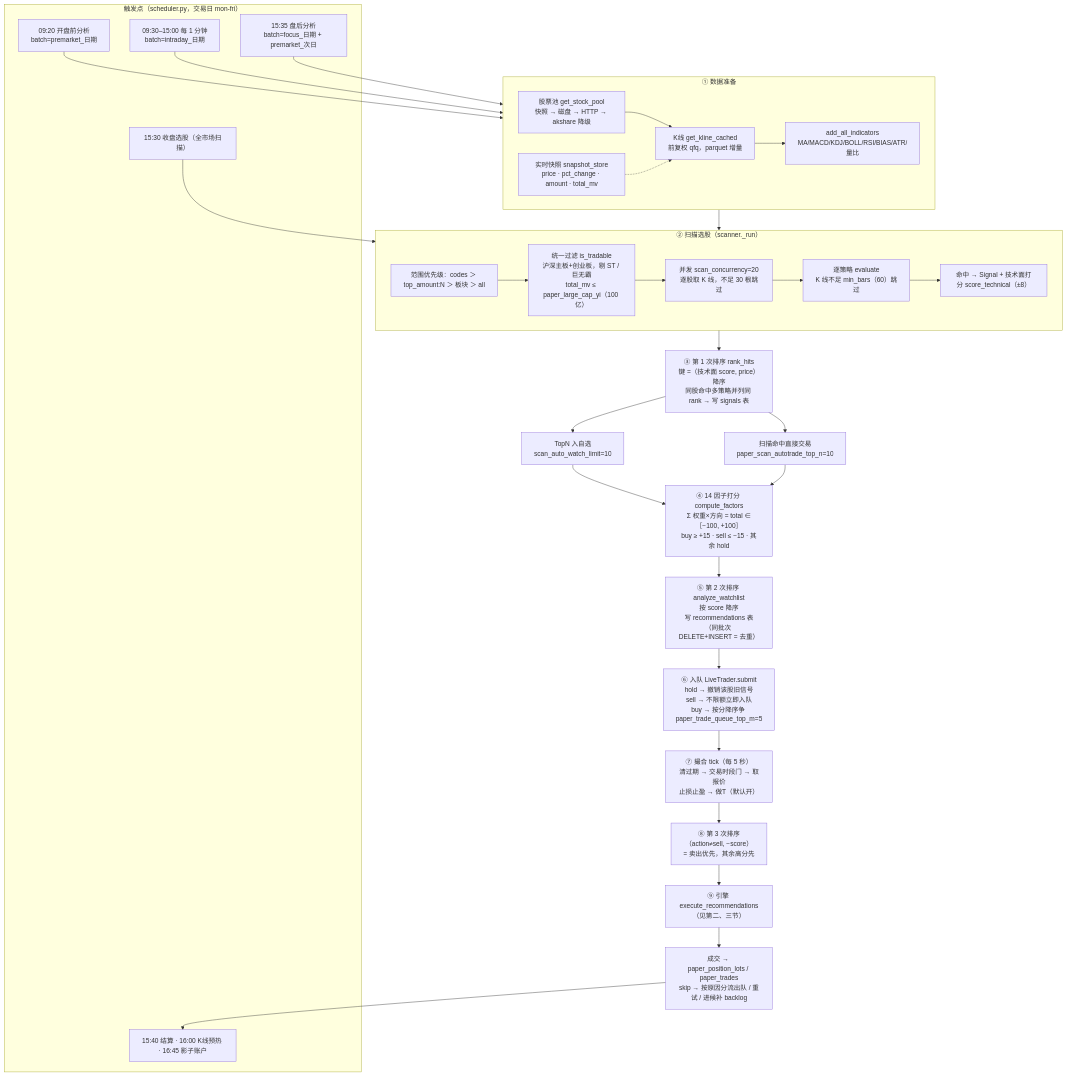
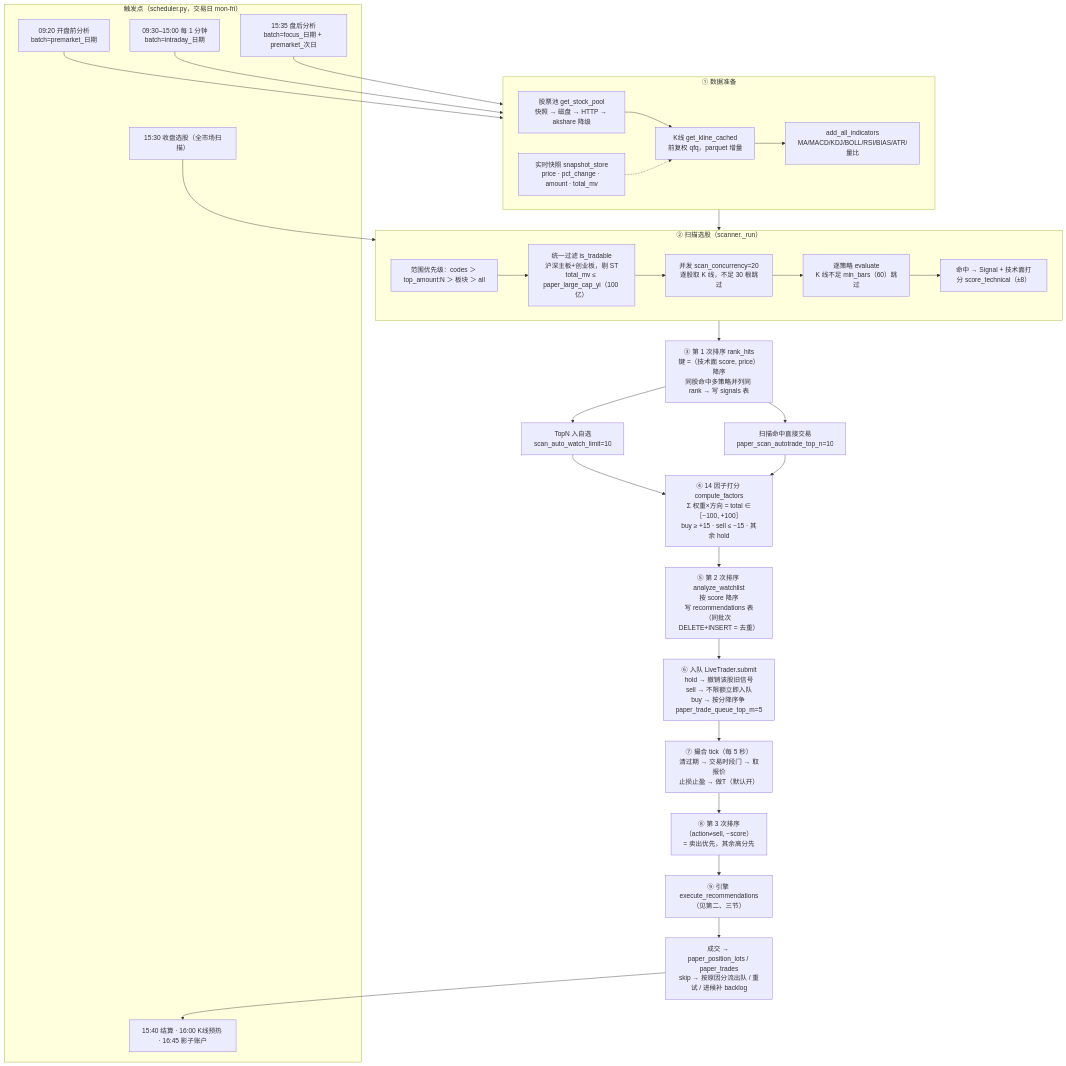
The first of 3 diagrams in docs/flow.md (LumberWG/SAS), drawn with Mermaid before and after one commit. The commit also changed other lines of this file and 41 other files, not shown here.

````diff
--- a/docs/flow.md
+++ b/docs/flow.md
@@ -75,61 +75,61 @@
 ```mermaid
 flowchart TD
     subgraph T["触发点（scheduler.py，交易日 mon-fri）"]
         T1["09:20 开盘前分析<br/>batch=premarket_日期"]
         T2["09:30–15:00 每 1 分钟<br/>batch=intraday_日期"]
         T3["15:30 收盘选股（全市场扫描）"]
         T4["15:35 盘后分析<br/>batch=focus_日期 + premarket_次日"]
         T5["15:40 结算 · 16:00 K线预热 · 16:45 影子账户"]
     end
 
     T1 --> D
     T2 --> D
     T4 --> D
     T3 --> S
 
     subgraph D["① 数据准备"]
         D1["股票池 get_stock_pool<br/>快照 → 磁盘 → HTTP → akshare 降级"]
         D2["K线 get_kline_cached<br/>前复权 qfq，parquet 增量"]
         D3["add_all_indicators<br/>MA/MACD/KDJ/BOLL/RSI/BIAS/ATR/量比"]
         D4["实时快照 snapshot_store<br/>price · pct_change · amount · total_mv"]
         D1 --> D2 --> D3
         D4 -.-> D2
     end
 
     D --> S
 
     subgraph S["② 扫描选股（scanner._run）"]
         S1["范围优先级：codes ＞ top_amount:N ＞ 板块 ＞ all"]
-        S2["统一过滤 is_tradable<br/>沪深主板+创业板，剔 ST / 巨无霸<br/>total_mv ≤ paper_large_cap_yi（100 亿）"]
+        S2["统一过滤 is_tradable<br/>沪深主板+创业板，剔 ST<br/>total_mv ≤ paper_large_cap_yi（100 亿）"]
         S3["并发 scan_concurrency=20<br/>逐股取 K 线，不足 30 根跳过"]
         S4["逐策略 evaluate<br/>K 线不足 min_bars（60）跳过"]
         S5["命中 → Signal + 技术面打分 score_technical（±8）"]
         S1 --> S2 --> S3 --> S4 --> S5
     end
 
     S --> R1
 
     R1["③ 第 1 次排序 rank_hits<br/>键 =（技术面 score, price）降序<br/>同股命中多策略并列同 rank → 写 signals 表"]
 
     R1 --> W1["TopN 入自选<br/>scan_auto_watch_limit=10"]
     R1 --> W2["扫描命中直接交易<br/>paper_scan_autotrade_top_n=10"]
 
     W1 --> F
     W2 --> F
 
     F["④ 14 因子打分 compute_factors<br/>Σ 权重×方向 = total ∈［−100, +100］<br/>buy ≥ +15 · sell ≤ −15 · 其余 hold"]
 
     F --> R2["⑤ 第 2 次排序 analyze_watchlist<br/>按 score 降序<br/>写 recommendations 表（同批次 DELETE+INSERT = 去重）"]
 
     R2 --> Q["⑥ 入队 LiveTrader.submit<br/>hold → 撤销该股旧信号<br/>sell → 不限额立即入队<br/>buy → 按分降序争 paper_trade_queue_top_m=5"]
 
     Q --> K["⑦ 撮合 tick（每 5 秒）<br/>清过期 → 交易时段门 → 取报价<br/>止损止盈 → 做T（默认开）"]
 
     K --> R3["⑧ 第 3 次排序<br/>（action≠sell, −score）<br/>= 卖出优先，其余高分先"]
 
     R3 --> E["⑨ 引擎 execute_recommendations<br/>（见第二、三节）"]
 
     E --> O["成交 → paper_position_lots / paper_trades<br/>skip → 按原因分流出队 / 重试 / 进候补 backlog"]
 
     O --> T5
 ```
````
